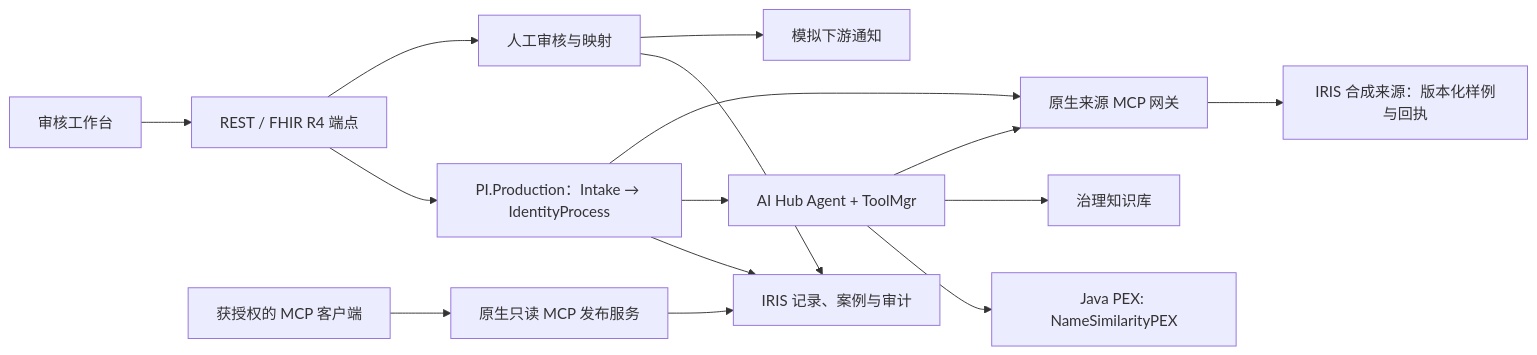
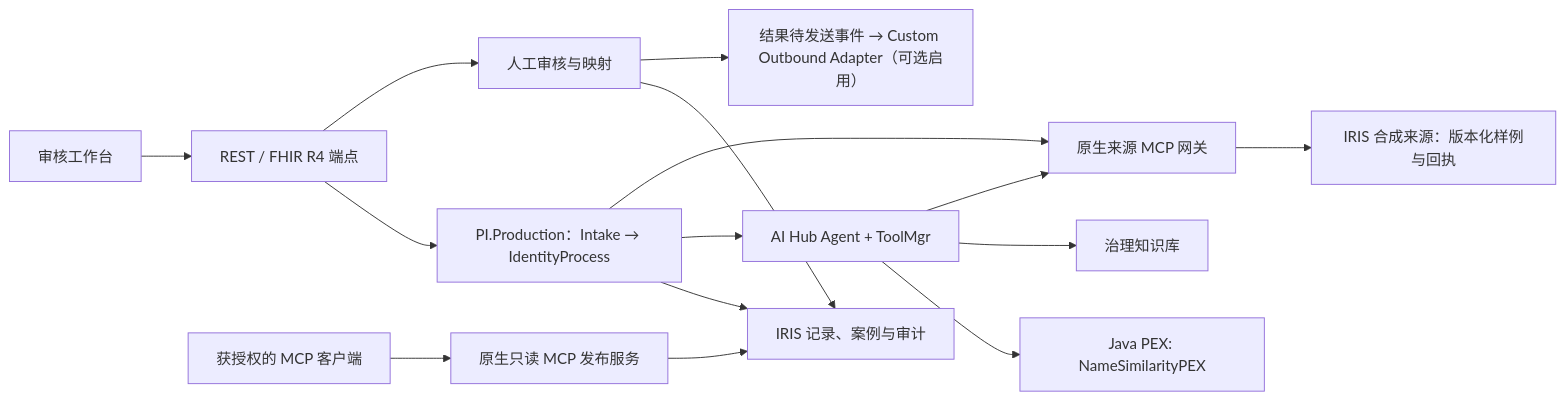
One commit to boanerges1227/pi-review changed the third of 3 diagrams in README.zh-CN.md. Above: the diagram before and after it, drawn with Mermaid. The commit also changed other lines of this file and 16 other files, not shown here.

Commit message:
feat: deliver review results through custom outbound adapter

````diff
--- a/README.zh-CN.md
+++ b/README.zh-CN.md
@@ -105,17 +105,17 @@
 ```mermaid
 flowchart LR
     UI["审核工作台"] --> API["REST / FHIR R4 端点"]
     API --> PROD["PI.Production：Intake → IdentityProcess"]
     PROD --> STORE["IRIS 记录、案例与审计"]
     PROD --> AGENT["AI Hub Agent + ToolMgr"]
     AGENT --> PEX["Java PEX: NameSimilarityPEX"]
     AGENT --> KB["治理知识库"]
     AGENT --> SOURCE["原生来源 MCP 网关"]
     PROD --> SOURCE
     SOURCE --> FIXTURE["IRIS 合成来源：版本化样例与回执"]
     API --> REVIEW["人工审核与映射"]
     REVIEW --> STORE
-    REVIEW --> NOTIFY["模拟下游通知"]
+    REVIEW --> NOTIFY["结果待发送事件 → Custom Outbound Adapter（可选启用）"]
     CLIENT["获授权的 MCP 客户端"] --> PUB["原生只读 MCP 发布服务"]
     PUB --> STORE
 ```
````
